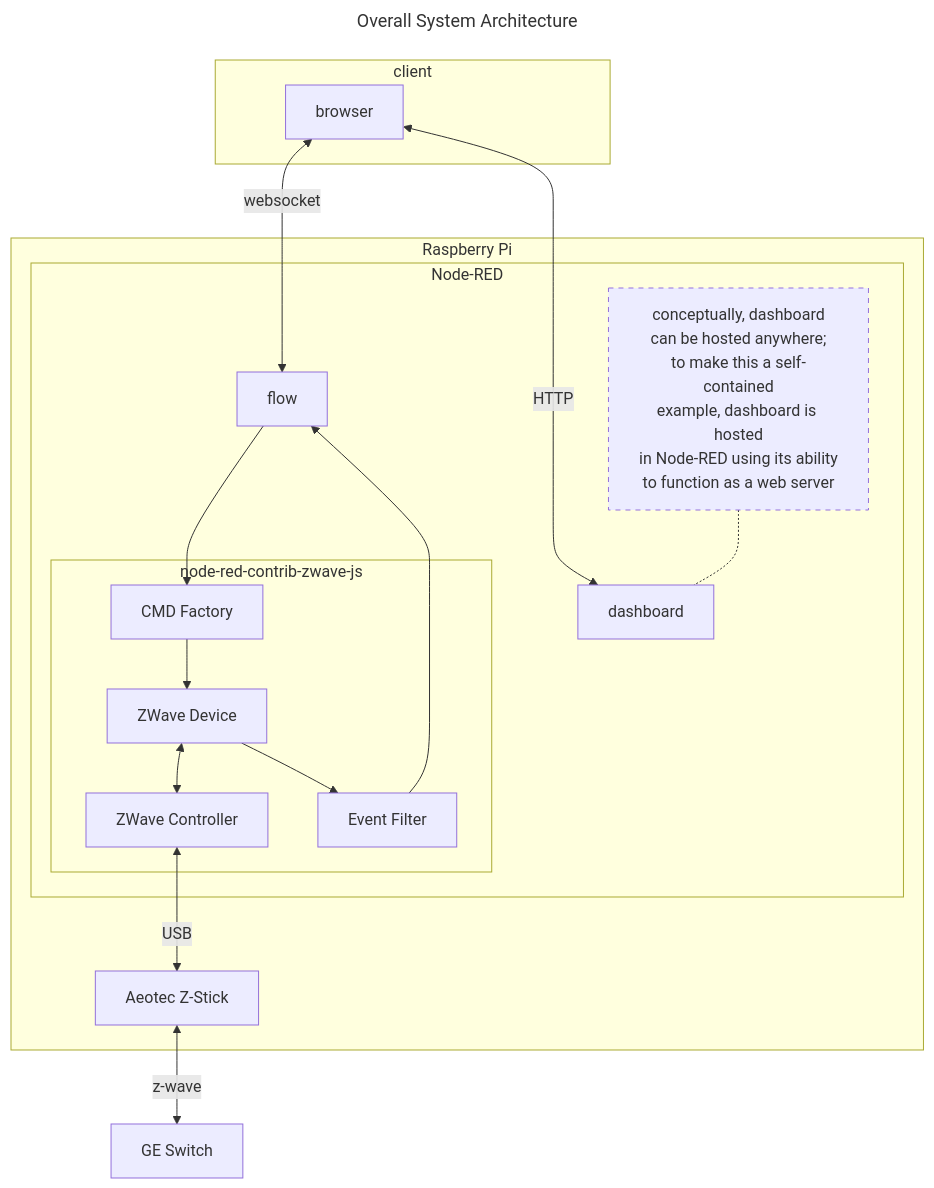
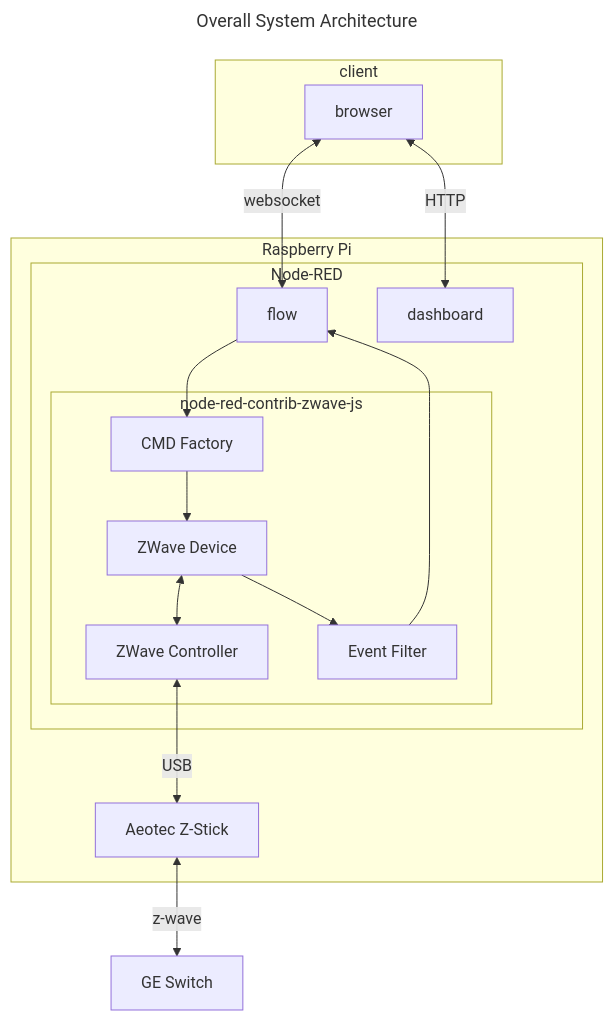
Before and after one commit to parasaurolophus/node-red-zwave-js-example: the first of 3 diagrams in README.md, drawn with Mermaid. The commit also changed other lines of this file, not shown here.

Commit message:
Downgrade mermaid diagram
Github fails to support full mermaid features

````diff
--- a/README.md
+++ b/README.md
@@ -160,50 +160,44 @@
 ```mermaid
 ---
 title: Overall System Architecture
 ---
 graph TB
 
   switch[GE Switch]
 
   subgraph client
 
       browser
 
   end
 
   subgraph Raspberry Pi
 
       dongle[Aeotec Z-Stick]
 
       subgraph Node-RED
 
           flows[flow]
 
           subgraph node-red-contrib-zwave-js
               controller[ZWave Controller]
               device[ZWave Device]
               events[Event Filter]
               commands[CMD Factory]
           end
 
-          note[conceptually, dashboard\ncan be hosted anywhere;\nto make this a self-contained\nexample, dashboard is hosted\nin Node-RED using its ability\nto function as a web server]
           dashboard
 
       end
   end
 
   device <--> controller
   flows --> commands
   commands --> device
   events --> flows
   device --> events
   controller <-- USB --> dongle
   dongle <-- z-wave --> switch
   browser <-- websocket --> flows
   browser <-- HTTP --> dashboard
-
-  note .- dashboard
-
-  classDef dashed stroke-dasharray: 5 5
-  class note dashed
 ```
````
